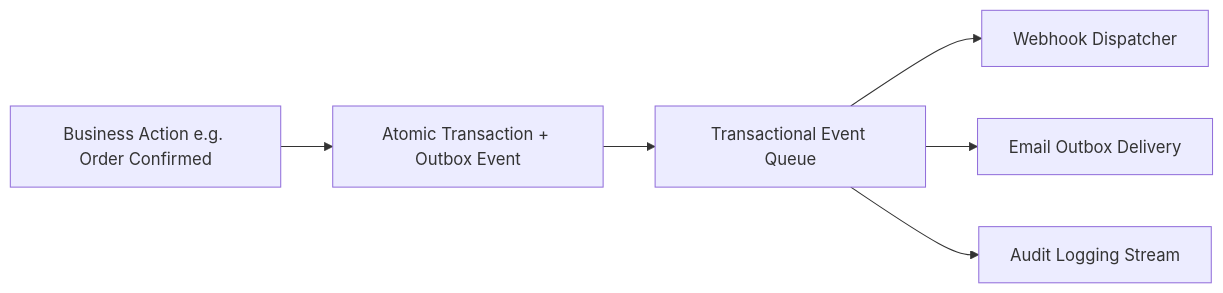
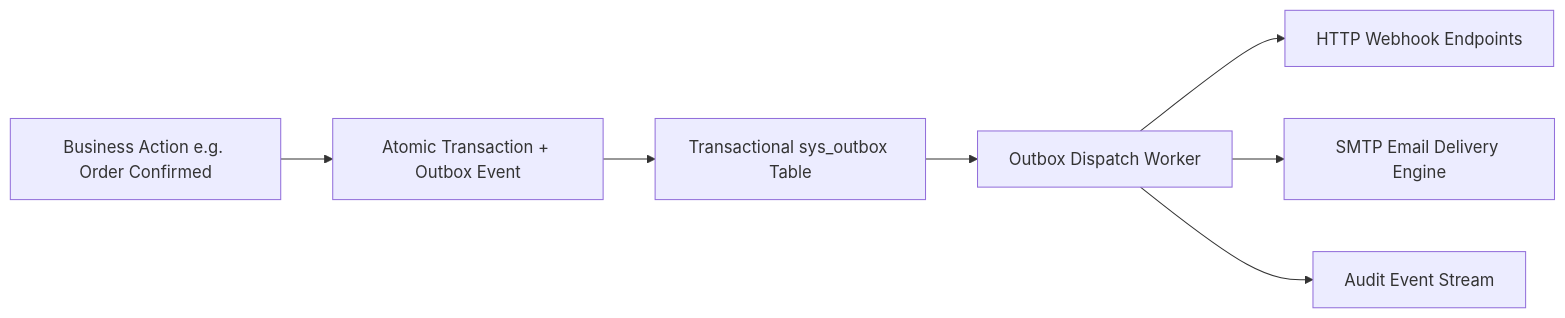
Before and after one commit to herobmdotcom/herobm: the diagram in docs/user/technical_operations.md, drawn with Mermaid. The commit also changed other lines of this file and 168 other files, not shown here.

````diff
--- a/docs/user/technical_operations.md
+++ b/docs/user/technical_operations.md
@@ -52,8 +52,9 @@
 ```mermaid
 flowchart LR
     A[Business Action e.g. Order Confirmed] --> B[Atomic Transaction + Outbox Event]
-    B --> C[Transactional Event Queue]
-    C --> D[Webhook Dispatcher]
-    C --> E[Email Outbox Delivery]
-    C --> F[Audit Logging Stream]
+    B --> C[Transactional sys_outbox Table]
+    C --> D[Outbox Dispatch Worker]
+    D --> E[HTTP Webhook Endpoints]
+    D --> F[SMTP Email Delivery Engine]
+    D --> G[Audit Event Stream]
 ```
````
